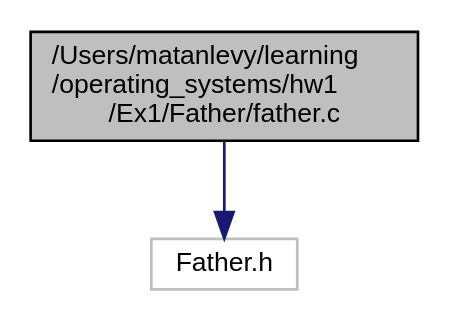
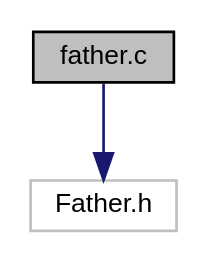
Before and after one commit to LevyMatan/ISP_ex1_doc: the diagram in father_8c__incl.dot, drawn with Graphviz. The commit also changed 81 other files, not shown here.

```diff
--- a/father_8c__incl.dot
+++ b/father_8c__incl.dot
@@ -1,10 +1,10 @@
-digraph "/Users/matanlevy/learning/operating_systems/hw1/Ex1/Father/father.c"
+digraph "father.c"
 {
  // INTERACTIVE_SVG=YES
  // LATEX_PDF_SIZE
   edge [fontname="Helvetica",fontsize="10",labelfontname="Helvetica",labelfontsize="10"];
   node [fontname="Helvetica",fontsize="10",shape=record];
-  Node1 [label="/Users/matanlevy/learning\l/operating_systems/hw1\l/Ex1/Father/father.c",height=0.2,width=0.4,color="black", fillcolor="grey75", style="filled", fontcolor="black",tooltip=" "];
+  Node1 [label="father.c",height=0.2,width=0.4,color="black", fillcolor="grey75", style="filled", fontcolor="black",tooltip=" "];
   Node1 -> Node2 [color="midnightblue",fontsize="10",style="solid",fontname="Helvetica"];
   Node2 [label="Father.h",height=0.2,width=0.4,color="grey75", fillcolor="white", style="filled",tooltip=" "];
 }
```
